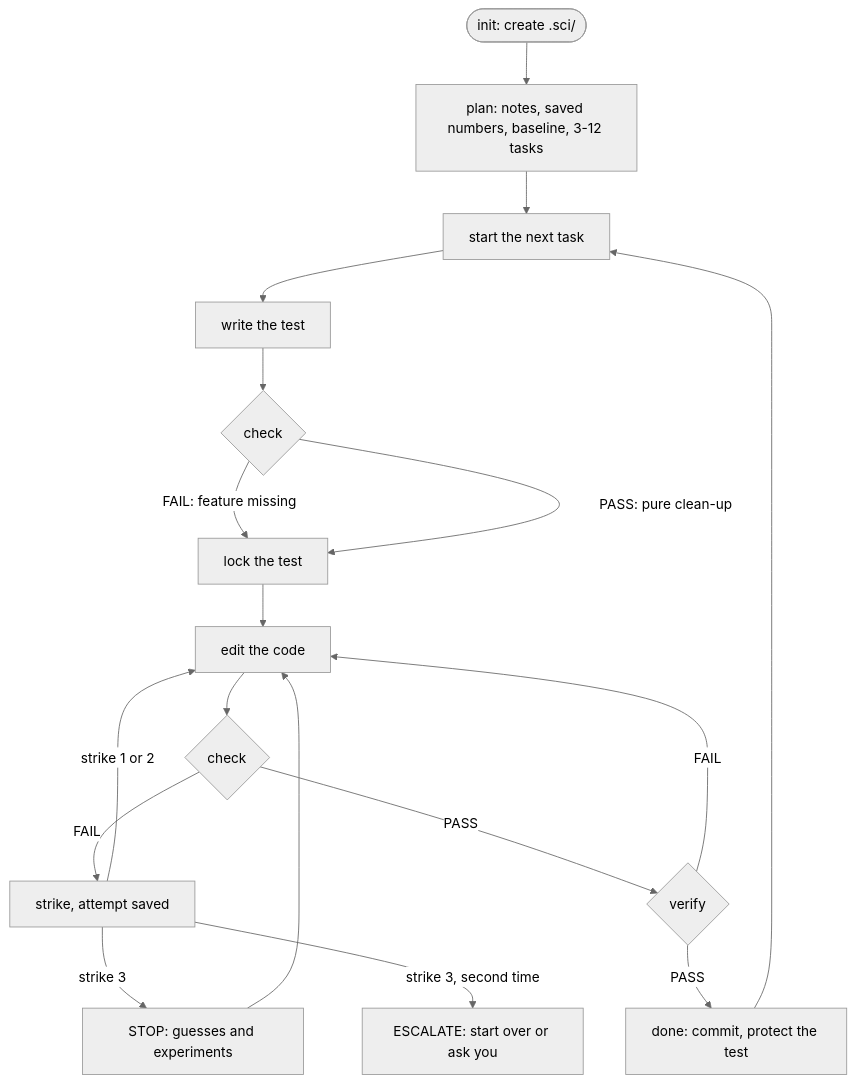
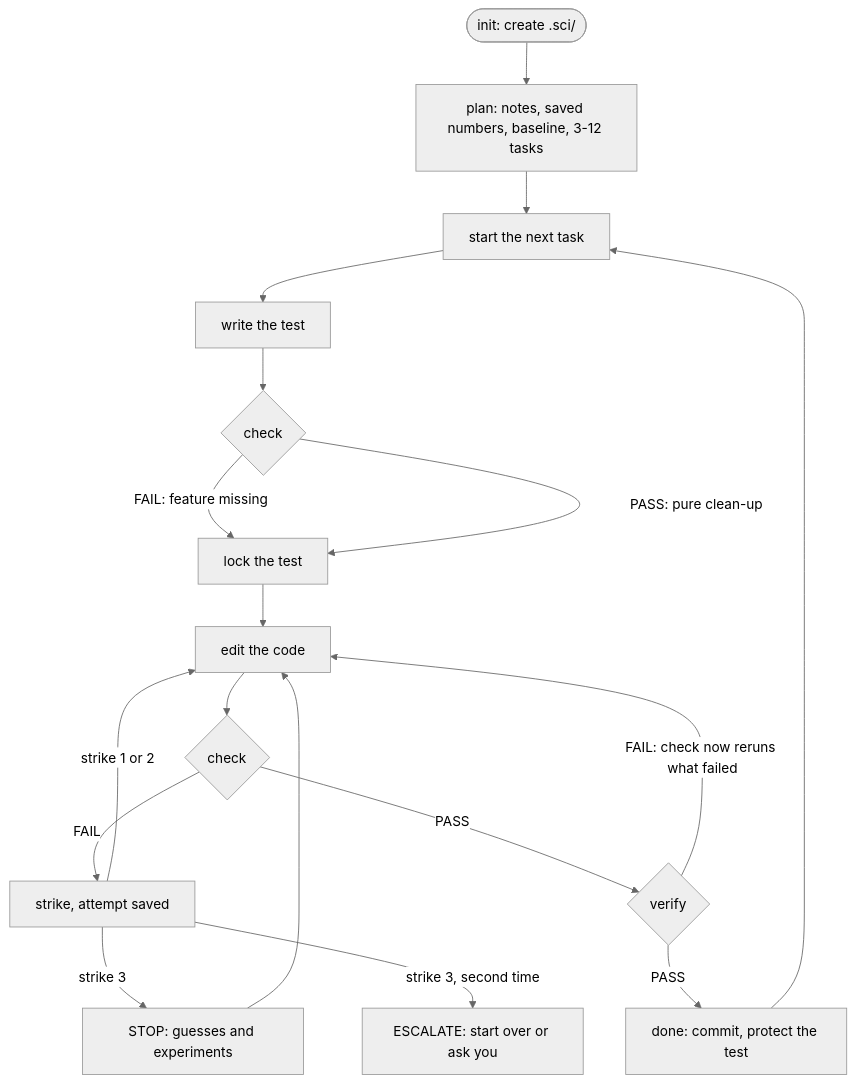
Before and after one commit to Nag681/sci-harness: the third of 3 diagrams in README.md, drawn with Mermaid (neutral theme). The commit also changed other lines of this file and 7 other files, not shown here.

````diff
--- a/README.md
+++ b/README.md
@@ -291,20 +292,20 @@
 ```mermaid
 flowchart TD
     A(["init: create .sci/"]) --> B["plan: notes, saved numbers, baseline, 3-12 tasks"]
     B --> C["start the next task"]
     C --> D["write the test"]
     D --> E{"check"}
     E -- "FAIL: feature missing" --> F["lock the test"]
     E -- "PASS: pure clean-up" --> F
     F --> G["edit the code"]
     G --> H{"check"}
     H -- "FAIL" --> K["strike, attempt saved"]
     K -- "strike 1 or 2" --> G
     K -- "strike 3" --> S["STOP: guesses and experiments"]
     S --> G
     K -- "strike 3, second time" --> X["ESCALATE: start over or ask you"]
     H -- "PASS" --> V{"verify"}
-    V -- "FAIL" --> G
+    V -- "FAIL: check now reruns what failed" --> G
     V -- "PASS" --> Z["done: commit, protect the test"]
     Z --> C
 ```
````
